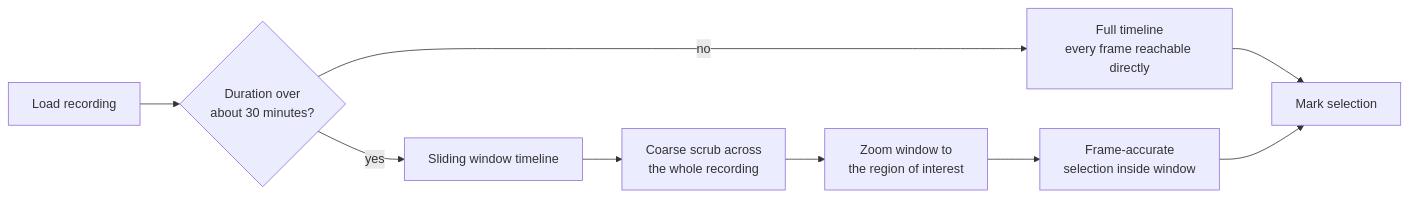
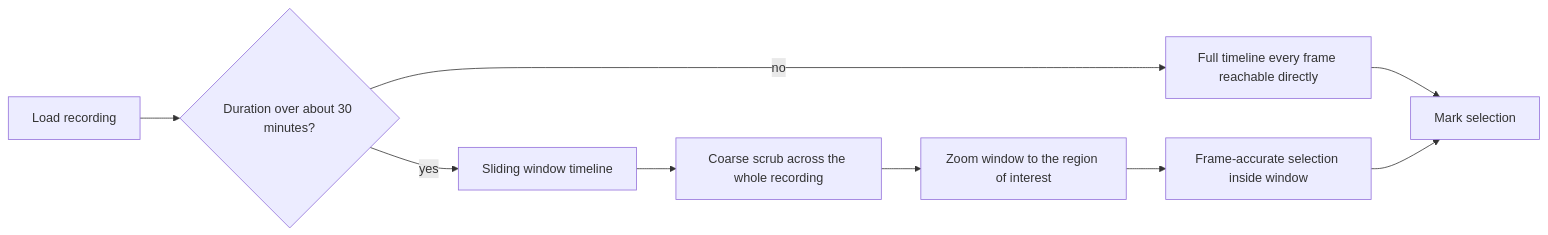
Before and after one commit to CodyCBakerPhD/BBQS-EMBER-docs: the tenth of 15 diagrams in user-stories/clip-extractor.md, drawn with Mermaid. The commit also changed other lines of this file and 1 other file, not shown here.

First line of the commit message:
Drop manual line breaks from Mermaid labels; add agent instructions

````diff
--- a/user-stories/clip-extractor.md
+++ b/user-stories/clip-extractor.md
@@ -335,11 +335,11 @@
 ```mermaid
 flowchart LR
-    A[Load recording] --> B{Duration over<br/>about 30 minutes?}
-    B -- no --> C[Full timeline<br/>every frame reachable directly]
+    A[Load recording] --> B{Duration over about 30 minutes?}
+    B -- no --> C[Full timeline every frame reachable directly]
     B -- yes --> D[Sliding window timeline]
-    D --> E[Coarse scrub across<br/>the whole recording]
-    E --> F[Zoom window to<br/>the region of interest]
-    F --> G[Frame-accurate<br/>selection inside window]
+    D --> E[Coarse scrub across the whole recording]
+    E --> F[Zoom window to the region of interest]
+    F --> G[Frame-accurate selection inside window]
     C --> H[Mark selection]
     G --> H
 ```
````
